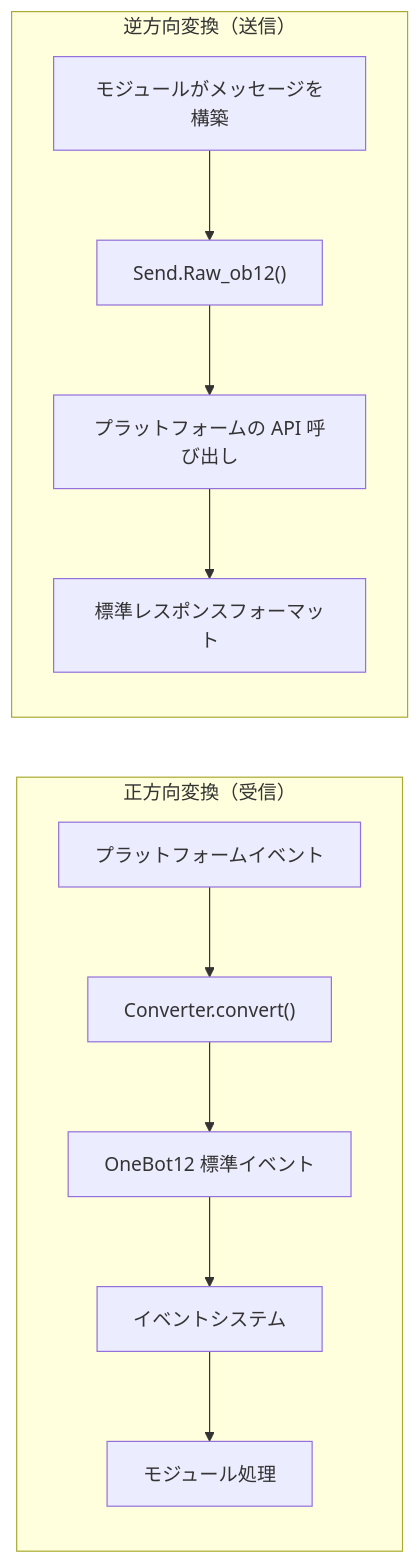
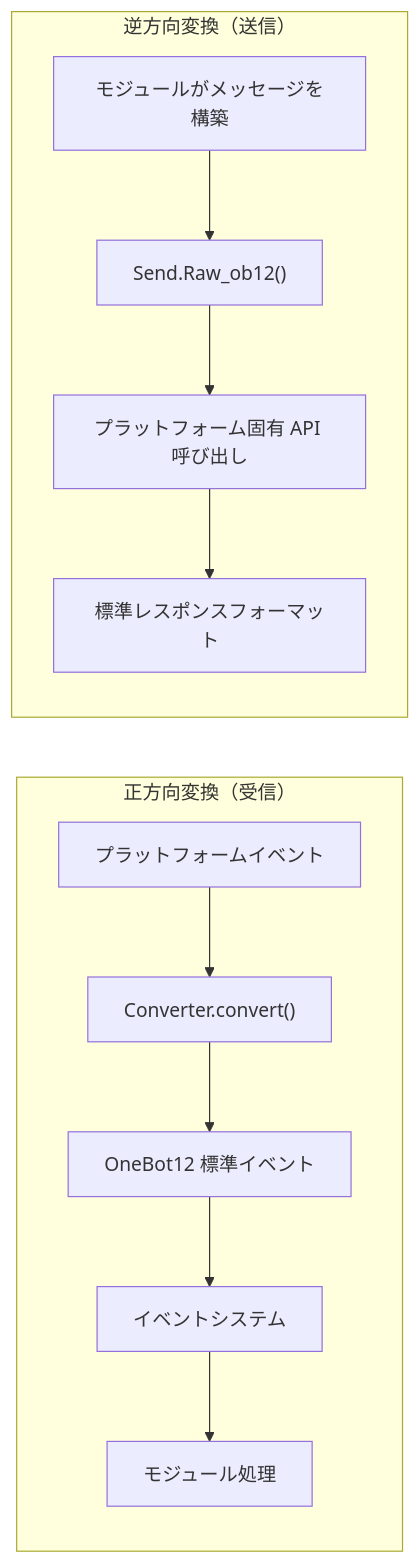
One commit to ErisPulse/ErisPulse changed the diagram in docs/ja/developer-guide/adapters/getting-started.md. Above: the diagram before and after it, drawn with Mermaid. The commit also changed other lines of this file and 622 other files, not shown here.

````diff
--- a/docs/ja/developer-guide/adapters/getting-started.md
+++ b/docs/ja/developer-guide/adapters/getting-started.md
@@ -18,11 +18,11 @@
 ```mermaid
 flowchart LR
     subgraph receive["正方向変換（受信）"]
         direction TB
         P1["プラットフォームイベント"] --> C1["Converter.convert()"] --> O1["OneBot12 標準イベント"] --> S1["イベントシステム"] --> M1["モジュール処理"]
     end
     subgraph send["逆方向変換（送信）"]
         direction TB
-        M2["モジュールがメッセージを構築"] --> R1["Send.Raw_ob12()"] --> N1["プラットフォームの API 呼び出し"] --> R2["標準レスポンスフォーマット"]
+        M2["モジュールがメッセージを構築"] --> R1["Send.Raw_ob12()"] --> N1["プラットフォーム固有 API 呼び出し"] --> R2["標準レスポンスフォーマット"]
     end
 ```
````
